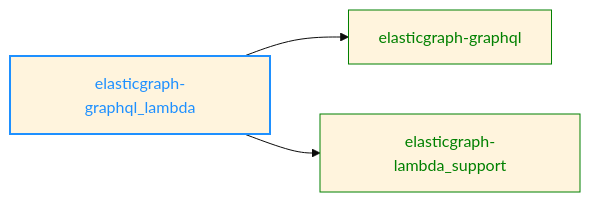
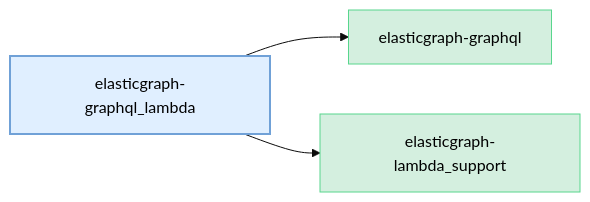
One commit to block/elasticgraph changed the diagram in elasticgraph-graphql_lambda/README.md. Above: the diagram before and after it, drawn with Mermaid (base theme). The commit also changed 23 other files, not shown here.

````diff
--- a/elasticgraph-graphql_lambda/README.md
+++ b/elasticgraph-graphql_lambda/README.md
@@ -7,11 +7,14 @@
 ```mermaid
 graph LR;
+    classDef currentGemStyle fill:#E0EFFF,stroke:#70A1D7,color:#000,stroke-width:2px;
+    classDef internalEgGemStyle fill:#D4EFDF,stroke:#58D68D,color:#000;
+    classDef externalGemStyle fill:#FADBD8,stroke:#EC7063,color:#000;
     elasticgraph-graphql_lambda["elasticgraph-graphql_lambda"];
+    class elasticgraph-graphql_lambda currentGemStyle;
     elasticgraph-graphql["elasticgraph-graphql"];
     elasticgraph-graphql_lambda --> elasticgraph-graphql;
+    class elasticgraph-graphql internalEgGemStyle;
     elasticgraph-lambda_support["elasticgraph-lambda_support"];
     elasticgraph-graphql_lambda --> elasticgraph-lambda_support;
-    style elasticgraph-graphql_lambda color:DodgerBlue,stroke-width:2px,stroke:DodgerBlue;
-    style elasticgraph-graphql color:Green,stroke:Green;
-    style elasticgraph-lambda_support color:Green,stroke:Green;
+    class elasticgraph-lambda_support internalEgGemStyle;
 ```
````
